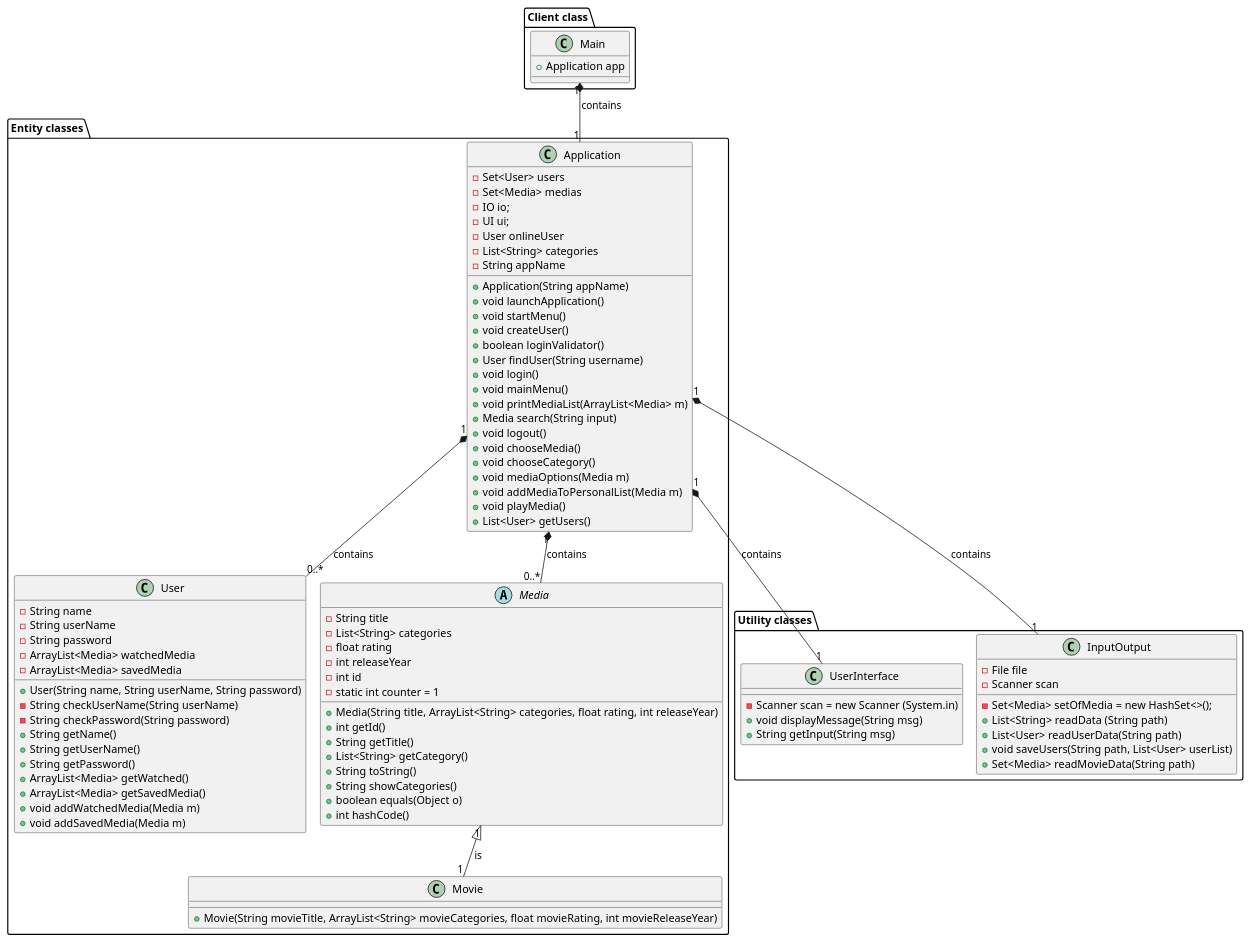
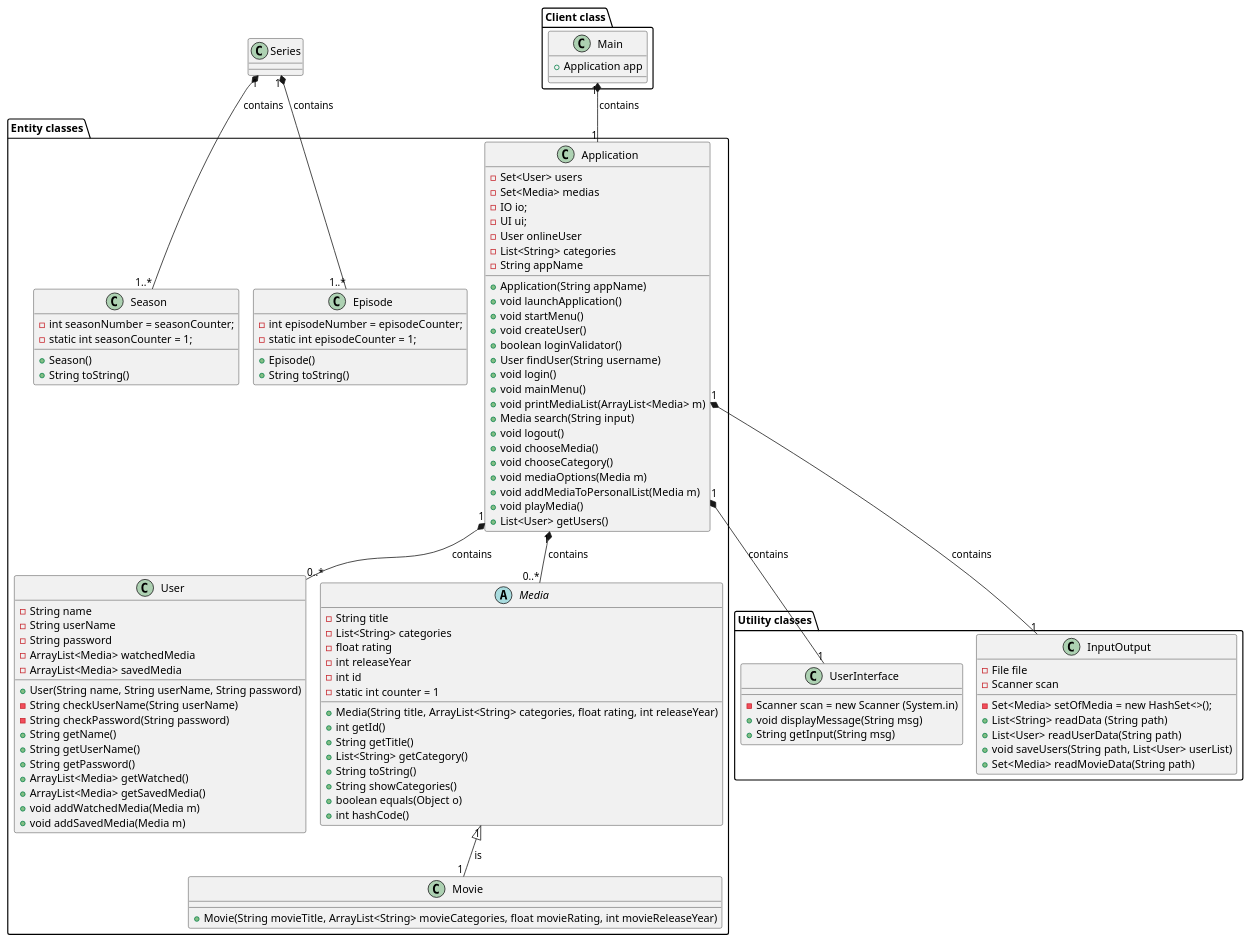
The diagram in src/Documents/classDiagram.puml (badranyoussef/SP3), drawn with PlantUML before and after one commit. The commit also changed 3 other files, not shown here.

```diff
--- a/src/Documents/classDiagram.puml
+++ b/src/Documents/classDiagram.puml
@@ -1,107 +1,120 @@
 @startuml
 'https://plantuml.com/class-diagram
 !pragma layout smetana
 
 'Client Package
 package "Client class"{
 class Main
 }
 
 'Utility Package
 package "Utility classes"{
 class UserInterface
 class InputOutput
 }
 
 'Entity Package
 package "Entity classes"{
 class Movie
 class Application
 class User
 abstract Media
+class Season
+class Episode
 }
 
-'Label on Relations !MANGLER
+'Label on Relations
 Application "1" *-- "1" UserInterface: contains
 Application "1" *-- "1" InputOutput: contains
 Application "1" *-- "0..*" User: contains
 Application "1" *-- "0..*" Media: contains
 Media "1" <|-- "1" Movie: is
 Main "1" *-- "1" Application: contains
+Series "1" *-- "1..*" Season: contains
+Series "1" *-- "1..*" Episode: contains
 
 'Class Methods & Attributes
 Main : + Application app
 
 Application : - Set<User> users
 Application : - Set<Media> medias
 Application : - IO io;
 Application : - UI ui;
 Application : - User onlineUser
 Application : - List<String> categories
 Application : - String appName
 Application : + Application(String appName)
 Application : + void launchApplication()
 Application : + void startMenu()
 Application : + void createUser()
 Application : + boolean loginValidator()
 Application : + User findUser(String username)
 Application : + void login()
 Application : + void mainMenu()
 Application : + void printMediaList(ArrayList<Media> m)
 Application : + Media search(String input)
 Application : + void logout()
 Application : + void chooseMedia()
 Application : + void chooseCategory()
 Application : + void mediaOptions(Media m)
 Application : + void addMediaToPersonalList(Media m)
 Application : + void playMedia()
 Application : + List<User> getUsers()
 
 User : - String name
 User : - String userName
 User : - String password
 User : - ArrayList<Media> watchedMedia
 User : - ArrayList<Media> savedMedia
 User : + User(String name, String userName, String password)
 User : - String checkUserName(String userName)
 User : - String checkPassword(String password)
 
 User : + String getName()
 User : + String getUserName()
 User : + String getPassword()
 User : + ArrayList<Media> getWatched()
 User : + ArrayList<Media> getSavedMedia()
 User : + void addWatchedMedia(Media m)
 User : + void addSavedMedia(Media m)
 
 InputOutput : - File file
 InputOutput : - Scanner scan
 InputOutput : - Set<Media> setOfMedia = new HashSet<>();
 InputOutput : + List<String> readData (String path)
 InputOutput : + List<User> readUserData(String path)
 InputOutput : + void saveUsers(String path, List<User> userList)
 InputOutput : + Set<Media> readMovieData(String path)
 
 UserInterface : - Scanner scan = new Scanner (System.in)
 UserInterface : + void displayMessage(String msg)
 UserInterface : + String getInput(String msg)
 
 Media : - String title
 Media : - List<String> categories
 Media : - float rating
 Media : - int releaseYear
 Media : - int id
 Media : - static int counter = 1
 Media : + Media(String title, ArrayList<String> categories, float rating, int releaseYear)
 Media : + int getId()
 Media : + String getTitle()
 Media : + List<String> getCategory()
 Media : + String toString()
 Media : + String showCategories()
 Media : + boolean equals(Object o)
 Media : + int hashCode()
 
 Movie : + Movie(String movieTitle, ArrayList<String> movieCategories, float movieRating, int movieReleaseYear)
 
+Season : - int seasonNumber = seasonCounter;
+Season : - static int seasonCounter = 1;
+Season : + Season()
+Season : + String toString()
+
+Episode : - int episodeNumber = episodeCounter;
+Episode : - static int episodeCounter = 1;
+Episode : + Episode()
+Episode : + String toString()
 
 @enduml
```
